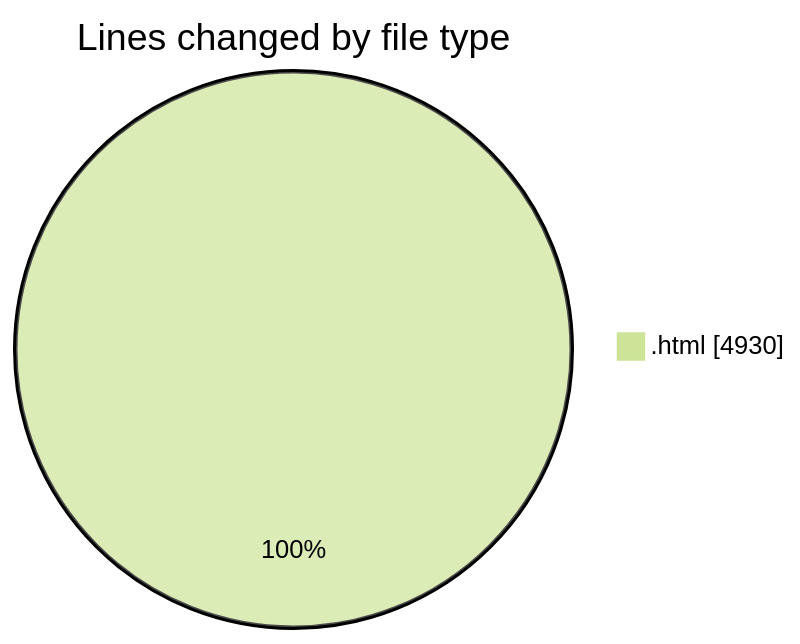
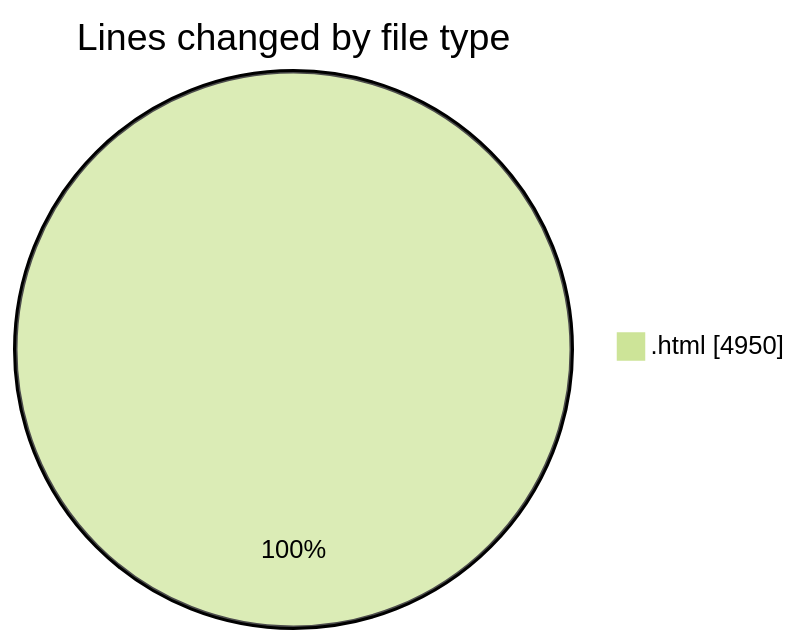
One commit to nxtqubesakshisongat/code-tracking changed the first of 2 diagrams in 2025-08-09/nxtqube_webapp/README.md. Above: the diagram before and after it, drawn with Mermaid (forest theme). The commit also changed other lines of this file and 1 other file, not shown here.

````diff
--- a/2025-08-09/nxtqube_webapp/README.md
+++ b/2025-08-09/nxtqube_webapp/README.md
@@ -21,5 +21,5 @@
 ```mermaid
 pie showData
 title Lines changed by file type
-".html" : 4930
+".html" : 4950
 ```
````
